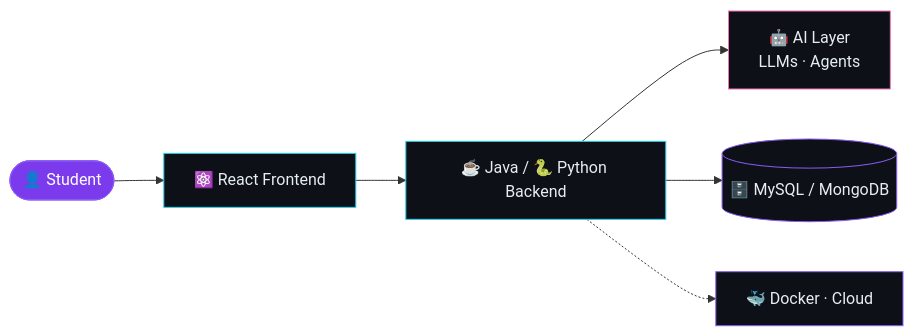
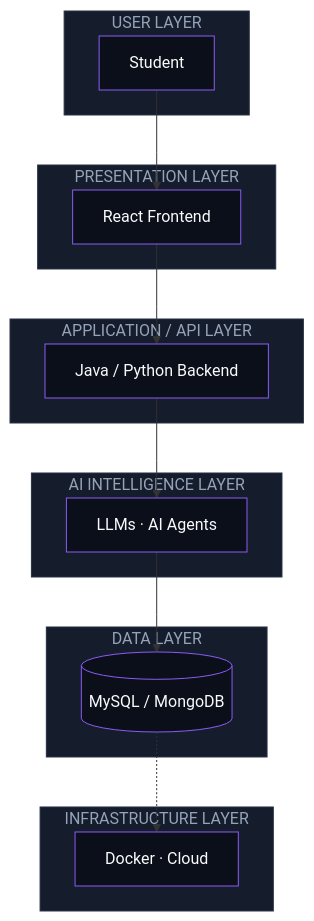
The diagram in README.md (dineshDevAI/dineshDevAI), drawn with Mermaid before and after one commit. The commit also changed other lines of this file, not shown here.

````diff
--- a/README.md
+++ b/README.md
@@ -95,17 +98,33 @@
 ```mermaid
-flowchart LR
-    U([👤 Student]) --> F[⚛️ React Frontend]
-    F --> B[☕ Java / 🐍 Python Backend]
-    B --> A[🤖 AI Layer<br/>LLMs · Agents]
-    B --> D[(🗄️ MySQL / MongoDB)]
-    B -.-> C[🐳 Docker · Cloud]
+flowchart TB
+    subgraph L1["USER LAYER"]
+        U["Student"]
+    end
+    subgraph L2["PRESENTATION LAYER"]
+        F["React Frontend"]
+    end
+    subgraph L3["APPLICATION / API LAYER"]
+        B["Java / Python Backend"]
+    end
+    subgraph L4["AI INTELLIGENCE LAYER"]
+        A["LLMs · AI Agents"]
+    end
+    subgraph L5["DATA LAYER"]
+        D[("MySQL / MongoDB")]
+    end
+    subgraph L6["INFRASTRUCTURE LAYER"]
+        C["Docker · Cloud"]
+    end
 
-    classDef user fill:#7C3AED,stroke:#8B5CF6,color:#fff;
-    classDef web fill:#0D1117,stroke:#22D3EE,color:#E6EDF3;
-    classDef ai fill:#0D1117,stroke:#F472B6,color:#E6EDF3;
-    classDef data fill:#0D1117,stroke:#8B5CF6,color:#E6EDF3;
-    class U user;
-    class F,B web;
-    class A ai;
-    class D,C data;
+    U --> F --> B --> A --> D
+    D -.-> C
+
+    classDef node fill:#0B0F19,stroke:#8B5CF6,color:#F8FAFC;
+    class U,F,B,A,D,C node;
+    style L1 fill:#151C2B,stroke:#263244,color:#94A3B8
+    style L2 fill:#151C2B,stroke:#263244,color:#94A3B8
+    style L3 fill:#151C2B,stroke:#263244,color:#94A3B8
+    style L4 fill:#151C2B,stroke:#263244,color:#94A3B8
+    style L5 fill:#151C2B,stroke:#263244,color:#94A3B8
+    style L6 fill:#151C2B,stroke:#263244,color:#94A3B8
 ```
````
